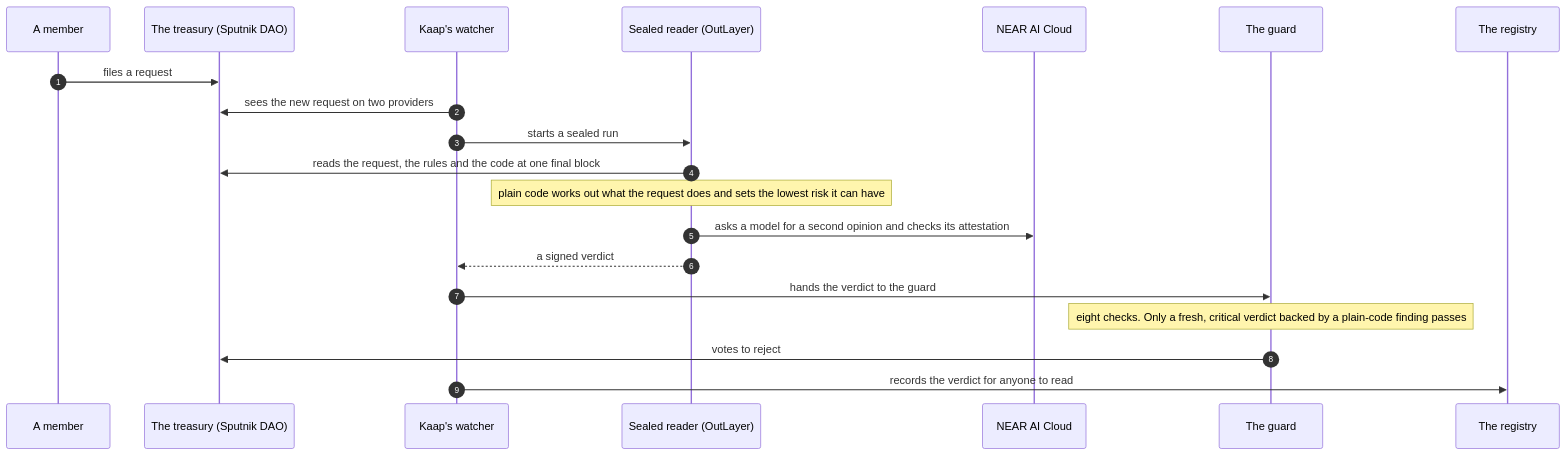
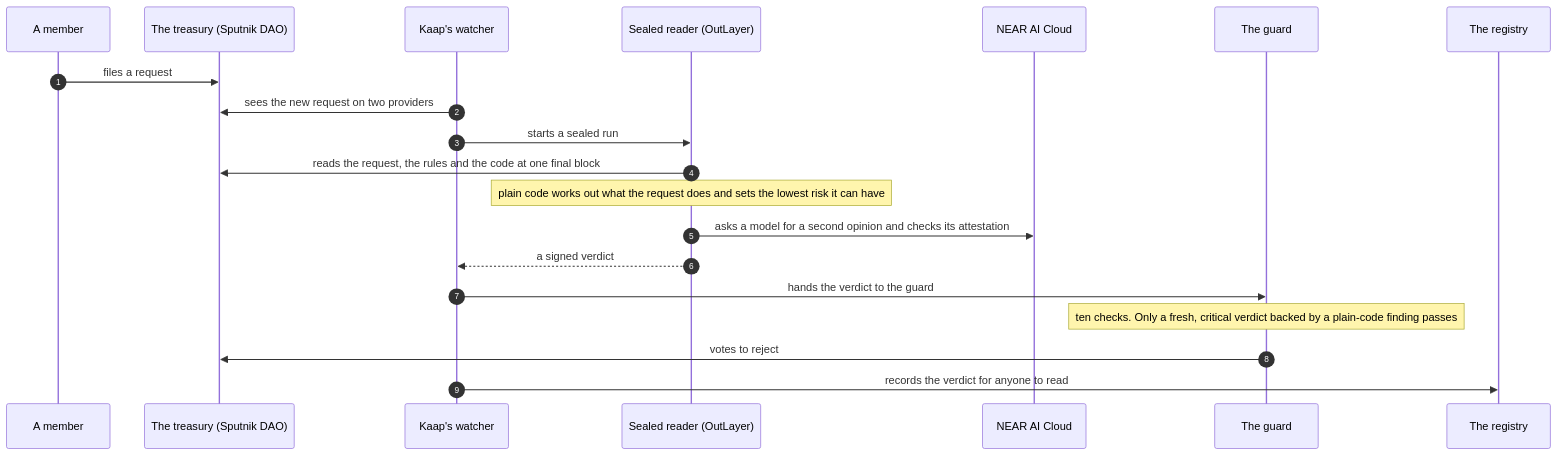
Before and after one commit to ramakrishnanhulk20/kaap: the diagram in packages/web/content/docs/how-it-works/the-path-of-a-request.mdx, drawn with Mermaid. The commit also changed 10 other files, not shown here.

````diff
--- a/packages/web/content/docs/how-it-works/the-path-of-a-request.mdx
+++ b/packages/web/content/docs/how-it-works/the-path-of-a-request.mdx
@@ -8,23 +8,23 @@
 ```mermaid
 sequenceDiagram
   autonumber
   participant P as A member
   participant D as The treasury (Sputnik DAO)
   participant W as Kaap's watcher
   participant J as Sealed reader (OutLayer)
   participant A as NEAR AI Cloud
   participant G as The guard
   participant R as The registry
 
   P->>D: files a request
   W->>D: sees the new request on two providers
   W->>J: starts a sealed run
   J->>D: reads the request, the rules and the code at one final block
   Note over J: plain code works out what the request does and sets the lowest risk it can have
   J->>A: asks a model for a second opinion and checks its attestation
   J-->>W: a signed verdict
   W->>G: hands the verdict to the guard
-  Note over G: eight checks. Only a fresh, critical verdict backed by a plain-code finding passes
+  Note over G: ten checks. Only a fresh, critical verdict backed by a plain-code finding passes
   G->>D: votes to reject
   W->>R: records the verdict for anyone to read
 ```
````
